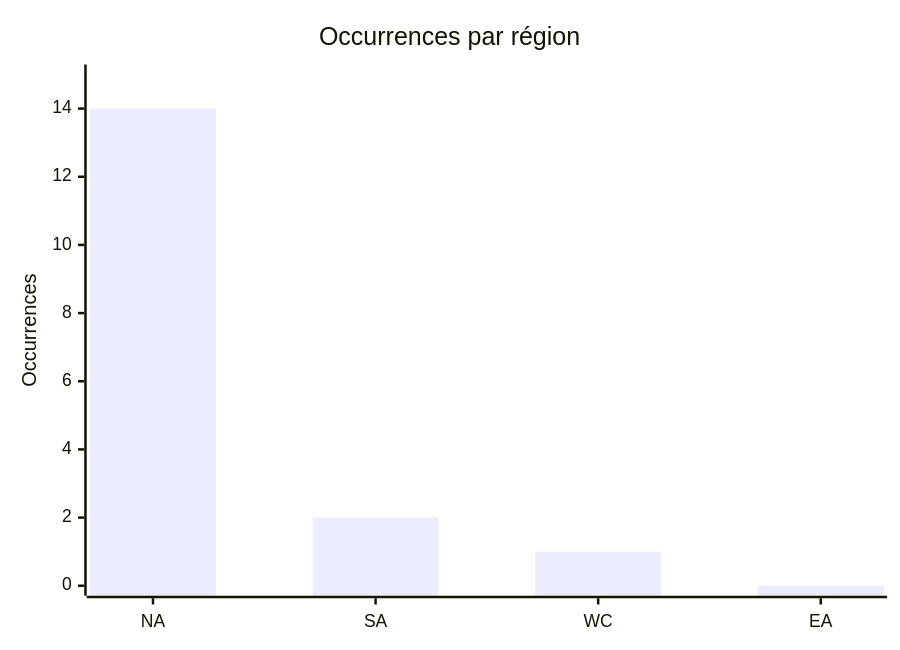
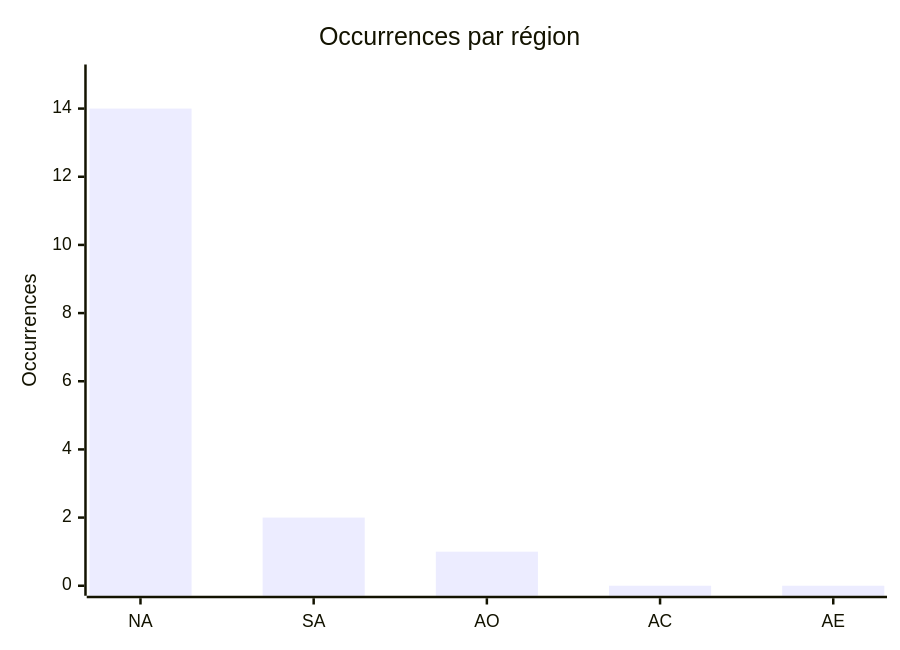
The fourth of 6 diagrams in CyberAttackAfrica/2025/04-april/README_FR.md (Hatchepsoute/AFRINTEL), drawn with Mermaid before and after one commit. The commit also changed other lines of this file and 109 other files, not shown here.

````diff
--- a/CyberAttackAfrica/2025/04-april/README_FR.md
+++ b/CyberAttackAfrica/2025/04-april/README_FR.md
@@ -137,7 +138,7 @@
 ```mermaid
 xychart
     title "Occurrences par région"
-    x-axis ["NA","SA","WC","EA"]
+    x-axis ["NA","SA","AO","AC","AE"]
     y-axis "Occurrences" 0 --> 15
-    bar [14,2,1,0]
+    bar [14,2,1,0,0]
 ```
````
